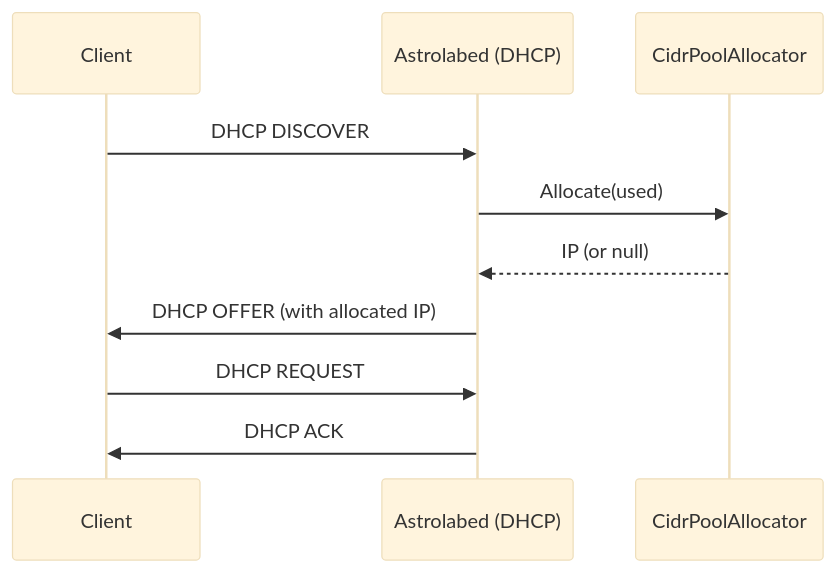
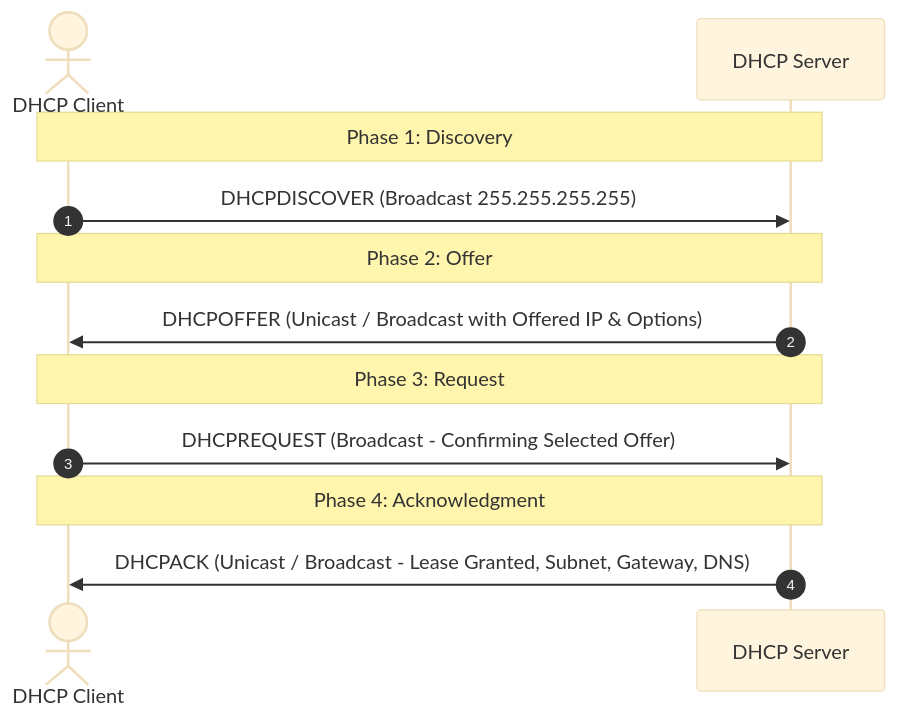
Before and after one commit to guidcruncher/astrolabed: the third of 4 diagrams in docs/architecture.md, drawn with Mermaid (base theme). The commit also changed other lines of this file, not shown here.

````diff
--- a/docs/architecture.md
+++ b/docs/architecture.md
@@ -55,13 +132,18 @@
 ```mermaid
 sequenceDiagram
-  participant Client
-  participant DnsF as Astrolabed (DHCP)
-  participant Alloc as CidrPoolAllocator
+    autonumber
+    actor Client as DHCP Client
+    participant Server as DHCP Server
 
-  Client->>DnsF: DHCP DISCOVER
-  DnsF->>Alloc: Allocate(used)
-  Alloc-->>DnsF: IP (or null)
-  DnsF->>Client: DHCP OFFER (with allocated IP)
-  Client->>DnsF: DHCP REQUEST
-  DnsF->>Client: DHCP ACK
+    Note over Client, Server: Phase 1: Discovery
+    Client->>Server: DHCPDISCOVER (Broadcast 255.255.255.255)
+    
+    Note over Client, Server: Phase 2: Offer
+    Server->>Client: DHCPOFFER (Unicast / Broadcast with Offered IP & Options)
+    
+    Note over Client, Server: Phase 3: Request
+    Client->>Server: DHCPREQUEST (Broadcast - Confirming Selected Offer)
+    
+    Note over Client, Server: Phase 4: Acknowledgment
+    Server->>Client: DHCPACK (Unicast / Broadcast - Lease Granted, Subnet, Gateway, DNS)
 ```
````
